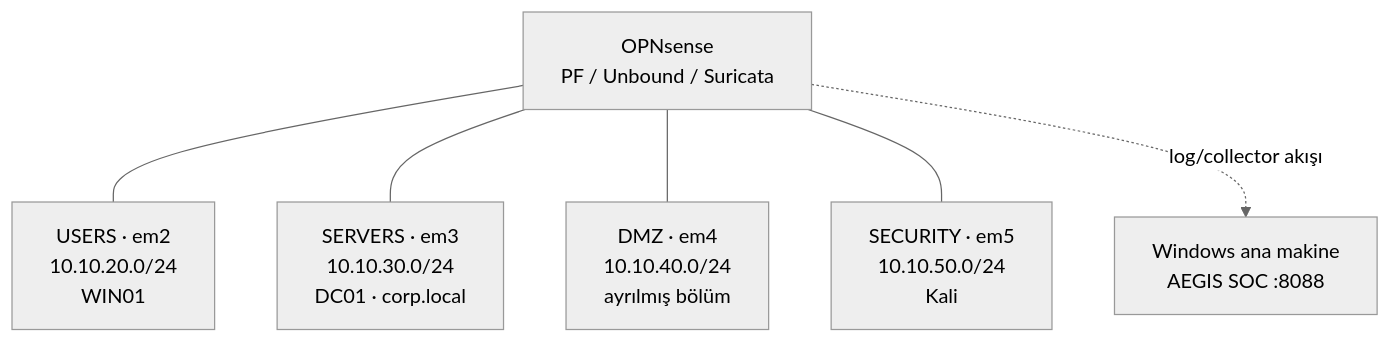
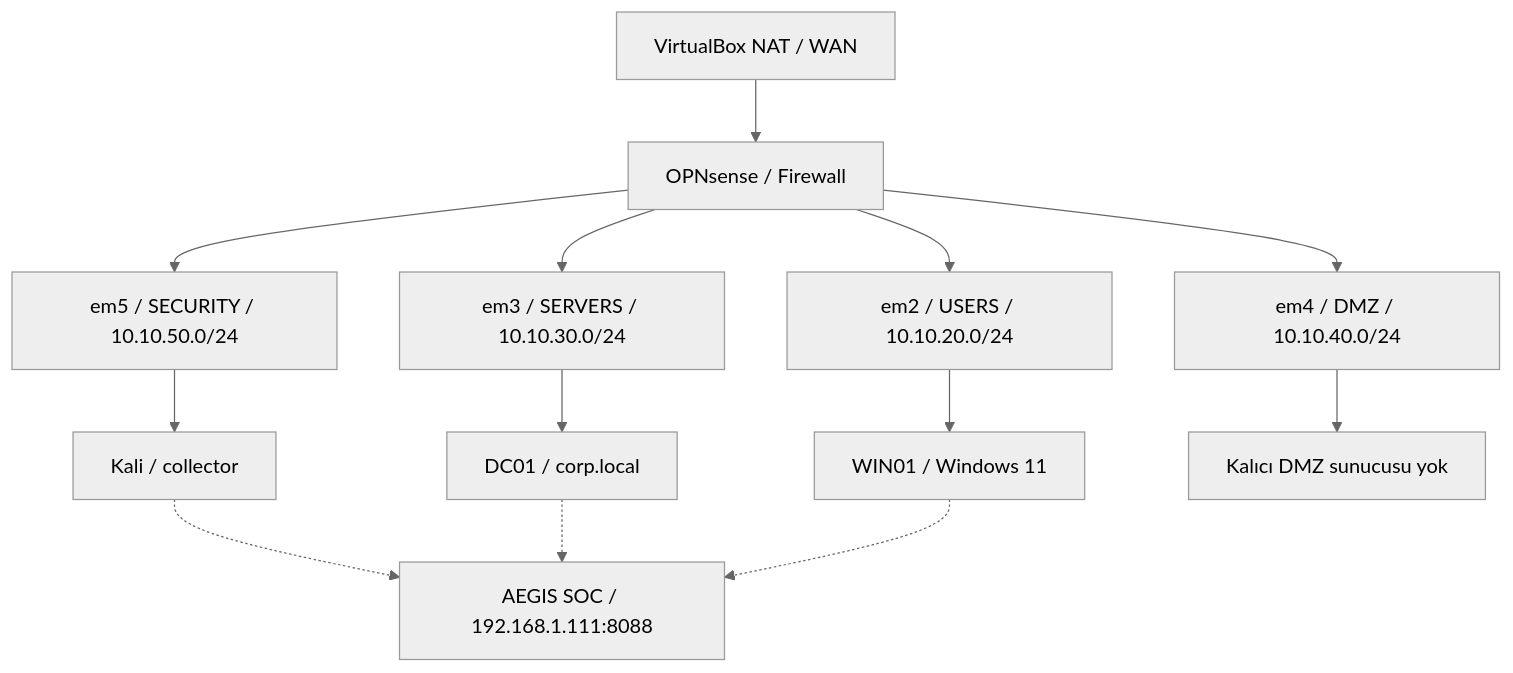
One commit to mahirkau1/AEGIS-SOC changed the second of 6 diagrams in README.md. Above: the diagram before and after it, drawn with Mermaid (neutral theme). The commit also changed other lines of this file and 38 other files, not shown here.

````diff
--- a/README.md
+++ b/README.md
@@ -77,14 +119,15 @@
 ```mermaid
 flowchart TB
-    SOC["Windows ana makine<br/>AEGIS SOC :8088"]
-    FW["OPNsense<br/>PF / Unbound / Suricata"]
-    U["USERS · em2<br/>10.10.20.0/24<br/>WIN01"]
-    S["SERVERS · em3<br/>10.10.30.0/24<br/>DC01 · corp.local"]
-    D["DMZ · em4<br/>10.10.40.0/24<br/>ayrılmış bölüm"]
-    K["SECURITY · em5<br/>10.10.50.0/24<br/>Kali"]
-    FW --- U
-    FW --- S
-    FW --- D
-    FW --- K
-    FW -. "log/collector akışı" .-> SOC
+    WAN["VirtualBox NAT / WAN"] --> FW["OPNsense / Firewall"]
+    FW --> U["em2 / USERS / 10.10.20.0/24"]
+    FW --> S["em3 / SERVERS / 10.10.30.0/24"]
+    FW --> D["em4 / DMZ / 10.10.40.0/24"]
+    FW --> SEC["em5 / SECURITY / 10.10.50.0/24"]
+    U --> W["WIN01 / Windows 11"]
+    S --> DC["DC01 / corp.local"]
+    SEC --> K["Kali / collector"]
+    D --> EMPTY["Kalıcı DMZ sunucusu yok"]
+    K -.-> SOC["AEGIS SOC / 192.168.1.111:8088"]
+    DC -.-> SOC
+    W -.-> SOC
 ```
````
